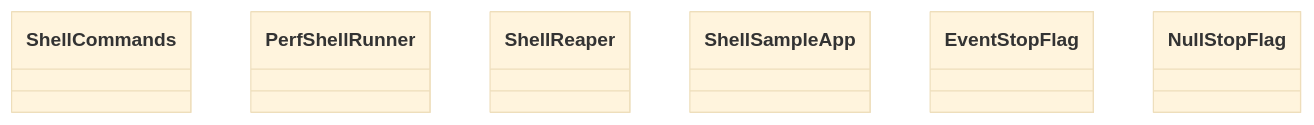
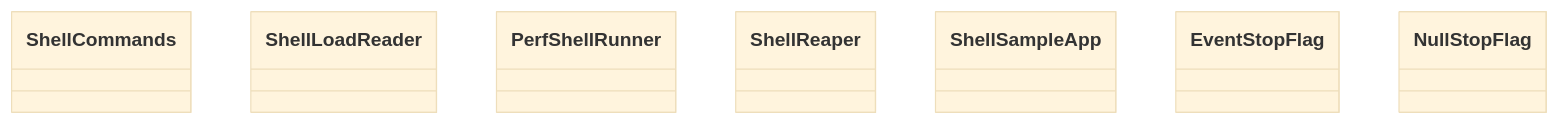
The diagram in docs/architecture/generated/classes-process-adapters-shell.md (GonzaloZevallos/agentic-system), drawn with Mermaid (base theme) before and after one commit. The commit also changed 16 other files, not shown here.

````diff
--- a/docs/architecture/generated/classes-process-adapters-shell.md
+++ b/docs/architecture/generated/classes-process-adapters-shell.md
@@ -11,9 +11,10 @@
 ```mermaid
 classDiagram
     class shell__commands__ShellCommands["ShellCommands"]
+    class shell__load_reader__ShellLoadReader["ShellLoadReader"]
     class shell__perf_runner__PerfShellRunner["PerfShellRunner"]
     class shell__reaper__ShellReaper["ShellReaper"]
     class shell__sample_app__ShellSampleApp["ShellSampleApp"]
     class shell__stop__EventStopFlag["EventStopFlag"]
     class shell__stop__NullStopFlag["NullStopFlag"]
 ```
````
